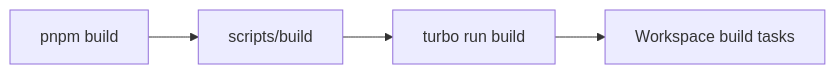
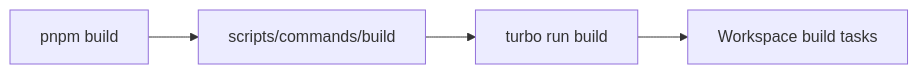
The fourth of 16 diagrams in docs/developer/EE-IMP-006-P07_Root_Script_Suite_Automation.md (EQ-LABS-TECH/ee-monorepo), drawn with Mermaid before and after one commit. The commit also changed other lines of this file and 14 other files, not shown here.

````diff
--- a/docs/developer/EE-IMP-006-P07_Root_Script_Suite_Automation.md
+++ b/docs/developer/EE-IMP-006-P07_Root_Script_Suite_Automation.md
@@ -275,6 +266,6 @@
 ```mermaid
 flowchart LR
-    A["pnpm build"] --> B["scripts/build"]
-    B --> C["turbo run build"]
-    C --> D["Workspace build tasks"]
+ A["pnpm build"] --> B["scripts/commands/build"]
+ B --> C["turbo run build"]
+ C --> D["Workspace build tasks"]
 ```
````
